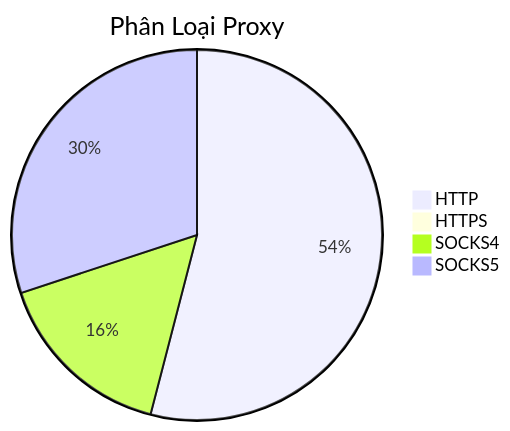
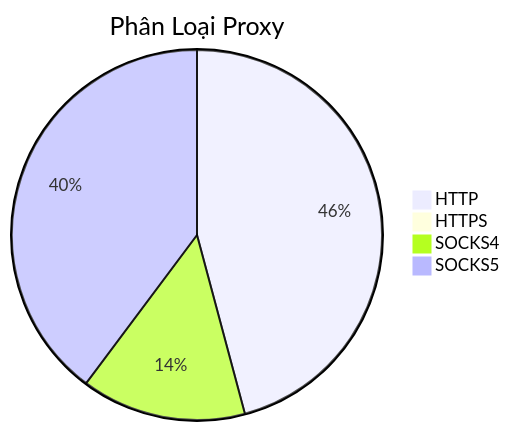
Before and after one commit to Ciara-12/PROXY-free: the diagram in README.md, drawn with Mermaid. The commit also changed other lines of this file and 4 other files, not shown here.

````diff
--- a/README.md
+++ b/README.md
@@ -26,7 +26,7 @@
 ```mermaid
 pie title Phân Loại Proxy
-    "HTTP" : 965
-    "HTTPS" : 0
-    "SOCKS4" : 284
-    "SOCKS5" : 537
+    "HTTP" : 962
+    "HTTPS" : 1
+    "SOCKS4" : 302
+    "SOCKS5" : 835
 ```
````
